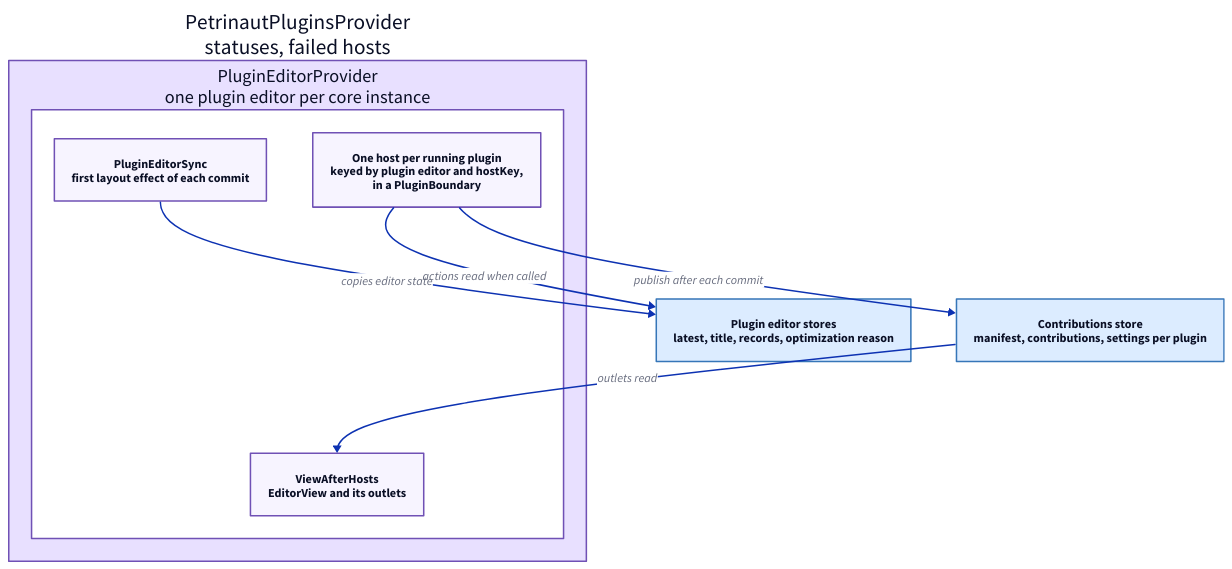
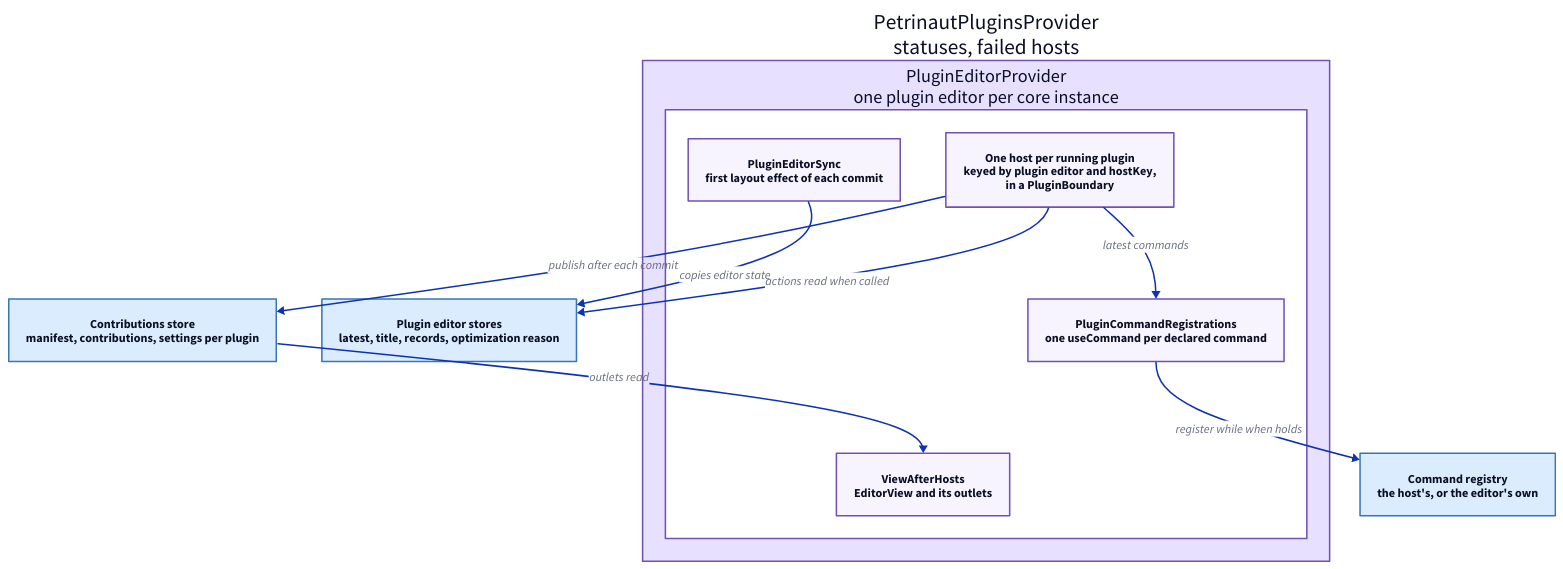
One commit to hashintel/hash changed the diagram in libs/@local/petrinaut-arch-docs/content/diagrams/plugin-runtime.d2. Above: the diagram before and after it, drawn with D2. The commit also changed 20 other files, not shown here.

First line of the commit message:
Declare plugin commands in the manifest

```diff
--- a/libs/@local/petrinaut-arch-docs/content/diagrams/plugin-runtime.d2
+++ b/libs/@local/petrinaut-arch-docs/content/diagrams/plugin-runtime.d2
@@ -1,24 +1,28 @@
 # Hand-written; rendered by the arch-docs build. React components use the
 # purple palette, core stores the blue `core` one.
 direction: down
 
 provider: "PetrinautPluginsProvider\nstatuses, failed hosts" {
   style.fill: "#e8e0ff"
   style.stroke: "#7051b5"
 
   editor: "PluginEditorProvider\none plugin editor per core instance" {
     style.fill: "#ffffff"
     style.stroke: "#7051b5"
     sync: "PluginEditorSync\nfirst layout effect of each commit" {style.fill: "#f7f4ff"; style.stroke: "#7051b5"}
     hosts: "One host per running plugin\nkeyed by plugin editor and hostKey,\nin a PluginBoundary" {style.fill: "#f7f4ff"; style.stroke: "#7051b5"}
+    commands: "PluginCommandRegistrations\none useCommand per declared command" {style.fill: "#f7f4ff"; style.stroke: "#7051b5"}
     view: "ViewAfterHosts\nEditorView and its outlets" {style.fill: "#f7f4ff"; style.stroke: "#7051b5"}
   }
 }
 
 stores: "Plugin editor stores\nlatest, title, records, optimization reason" {style.fill: "#dcecff"; style.stroke: "#3676b8"}
 contributions: "Contributions store\nmanifest, contributions, settings per plugin" {style.fill: "#dcecff"; style.stroke: "#3676b8"}
+registry: "Command registry\nthe host's, or the editor's own" {style.fill: "#dcecff"; style.stroke: "#3676b8"}
 
 provider.editor.sync -> stores: "copies editor state"
 provider.editor.hosts -> stores: "actions read when called"
 provider.editor.hosts -> contributions: "publish after each commit"
 contributions -> provider.editor.view: "outlets read"
+provider.editor.hosts -> provider.editor.commands: "latest commands"
+provider.editor.commands -> registry: "register while when holds"
```
